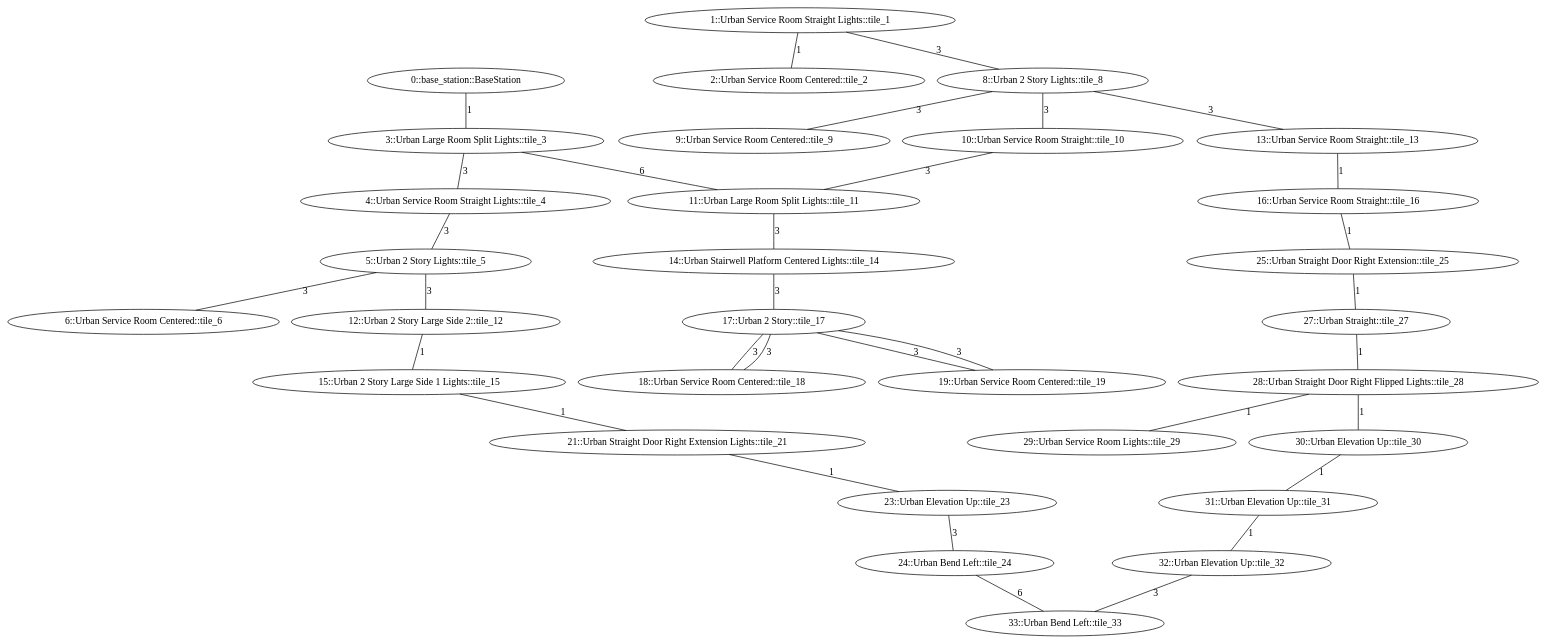
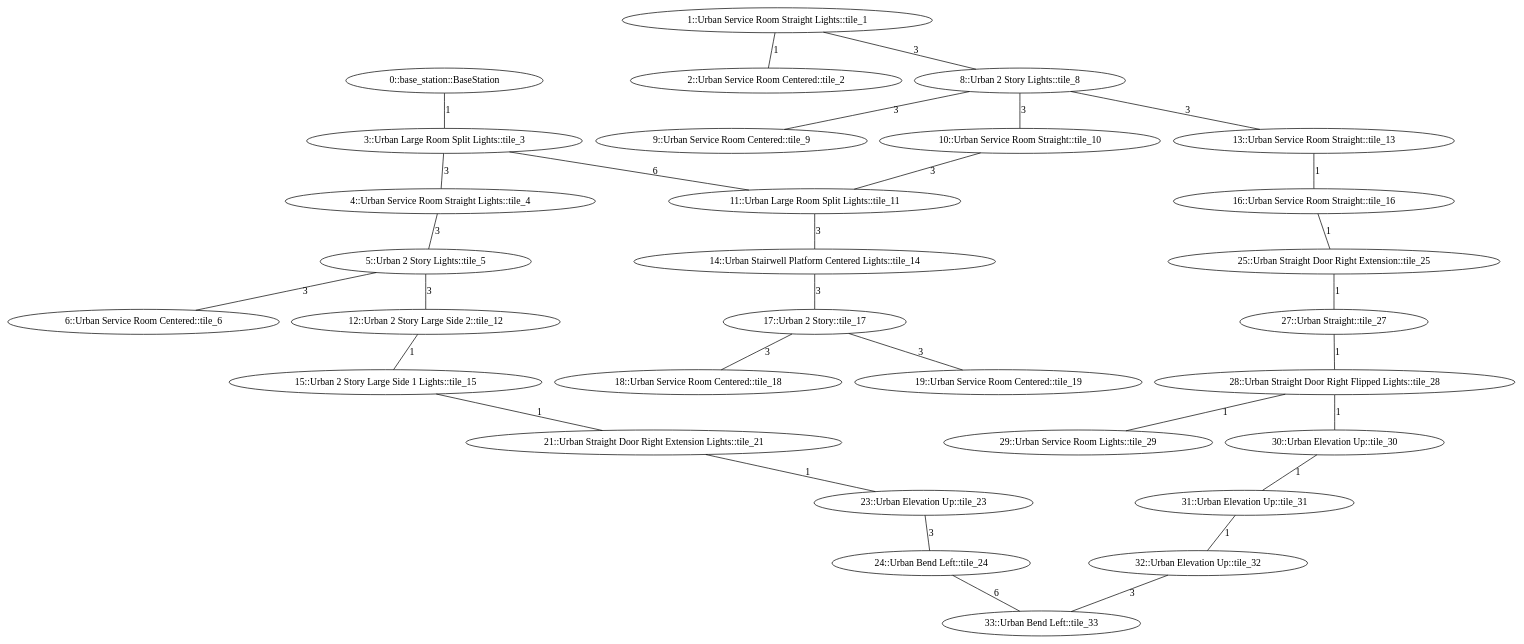
One commit to osrf/subt changed the diagram in subt_ign/worlds/urban_circuit_practice_01.dot. Above: the diagram before and after it, drawn with Graphviz.

Commit message:
remove duplicate edge from 01

```diff
--- a/subt_ign/worlds/urban_circuit_practice_01.dot
+++ b/subt_ign/worlds/urban_circuit_practice_01.dot
@@ -1,76 +1,74 @@
 /* Visibility graph for urban_circuit_practice_01.tsv */
 /* Generated with the tile_tsv.py script: */
 /*   tile_tsv.py urban_circuit_practice_01.tsv -\-graph-file urban_circuit_practice_01.dot -\-world-file urban_circuit_practice_01.sdf -\-world-name urban_circuit_practice_01 -\-scale_x 40 -\-scale_y 40 -\-urban -\-y0 24 -\-x0 -96 -\-z0 1 -\-level_type row_col */
 
 graph {
   /* ==== Vertices ==== */
 
   /* Base station / Staging area */
   0   [label="0::base_station::BaseStation"];
 
   1   [label="1::Urban Service Room Straight Lights::tile_1"];
   2   [label="2::Urban Service Room Centered::tile_2"];
   3   [label="3::Urban Large Room Split Lights::tile_3"];
   4   [label="4::Urban Service Room Straight Lights::tile_4"];
   5   [label="5::Urban 2 Story Lights::tile_5"];
   6   [label="6::Urban Service Room Centered::tile_6"];
   8   [label="8::Urban 2 Story Lights::tile_8"];
   9   [label="9::Urban Service Room Centered::tile_9"];
   10  [label="10::Urban Service Room Straight::tile_10"];
   11  [label="11::Urban Large Room Split Lights::tile_11"];
   12  [label="12::Urban 2 Story Large Side 2::tile_12"];
   13  [label="13::Urban Service Room Straight::tile_13"];
   14  [label="14::Urban Stairwell Platform Centered Lights::tile_14"];
   15  [label="15::Urban 2 Story Large Side 1 Lights::tile_15"];
   16  [label="16::Urban Service Room Straight::tile_16"];
   17  [label="17::Urban 2 Story::tile_17"];
   18  [label="18::Urban Service Room Centered::tile_18"];
   19  [label="19::Urban Service Room Centered::tile_19"];
   21  [label="21::Urban Straight Door Right Extension Lights::tile_21"];
   23  [label="23::Urban Elevation Up::tile_23"];
   24  [label="24::Urban Bend Left::tile_24"];
   25  [label="25::Urban Straight Door Right Extension::tile_25"];
   27  [label="27::Urban Straight::tile_27"];
   28  [label="28::Urban Straight Door Right Flipped Lights::tile_28"];
   29  [label="29::Urban Service Room Lights::tile_29"];
   30  [label="30::Urban Elevation Up::tile_30"];
   31  [label="31::Urban Elevation Up::tile_31"];
   32  [label="32::Urban Elevation Up::tile_32"];
   33  [label="33::Urban Bend Left::tile_33"];
 
   /* ==== Edges ==== */
 
   /* Base station */
   0  -- 3   [label=1];
   1  -- 8   [label=3];  /* Intersection */
   3  -- 4   [label=3];  /* Intersection */
   3  -- 11  [label=6];  /* Intersection */
   4  -- 5   [label=3];  /* Intersection */
   5  -- 12  [label=3];  /* Intersection */
   8  -- 10  [label=3];  /* Intersection */
   8  -- 13  [label=3];  /* Intersection */
   10 -- 11  [label=3];  /* Intersection */
   11 -- 14  [label=3];  /* Intersection */
   12 -- 15  [label=1];
   13 -- 16  [label=1];
   14 -- 17  [label=3];  /* Intersection */
   15 -- 21  [label=1];
   16 -- 25  [label=1];
   21 -- 23  [label=1];
   23 -- 24  [label=3];
   24 -- 33  [label=6];
   25 -- 27  [label=1];
   27 -- 28  [label=1];
   28 -- 30  [label=1];
   30 -- 31  [label=1];
   31 -- 32  [label=1];
   32 -- 33  [label=3];
   1  -- 2   [label=1];
   5  -- 6   [label=3];  /* Intersection */
   8  -- 9   [label=3];  /* Intersection */
   17 -- 18  [label=3];  /* Intersection */
   17 -- 19  [label=3];  /* Intersection */
-  17 -- 18  [label=3];  /* Intersection */
-  17 -- 19  [label=3];  /* Intersection */
   28 -- 29  [label=1];
 }
```
